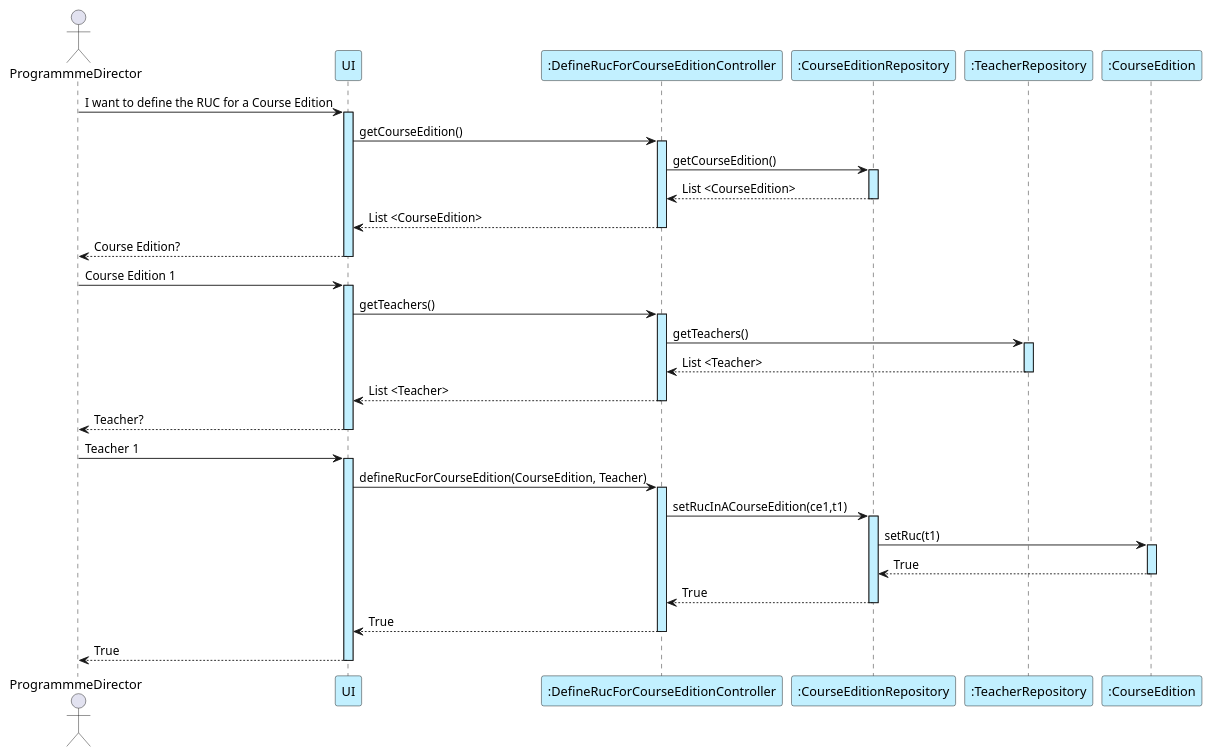
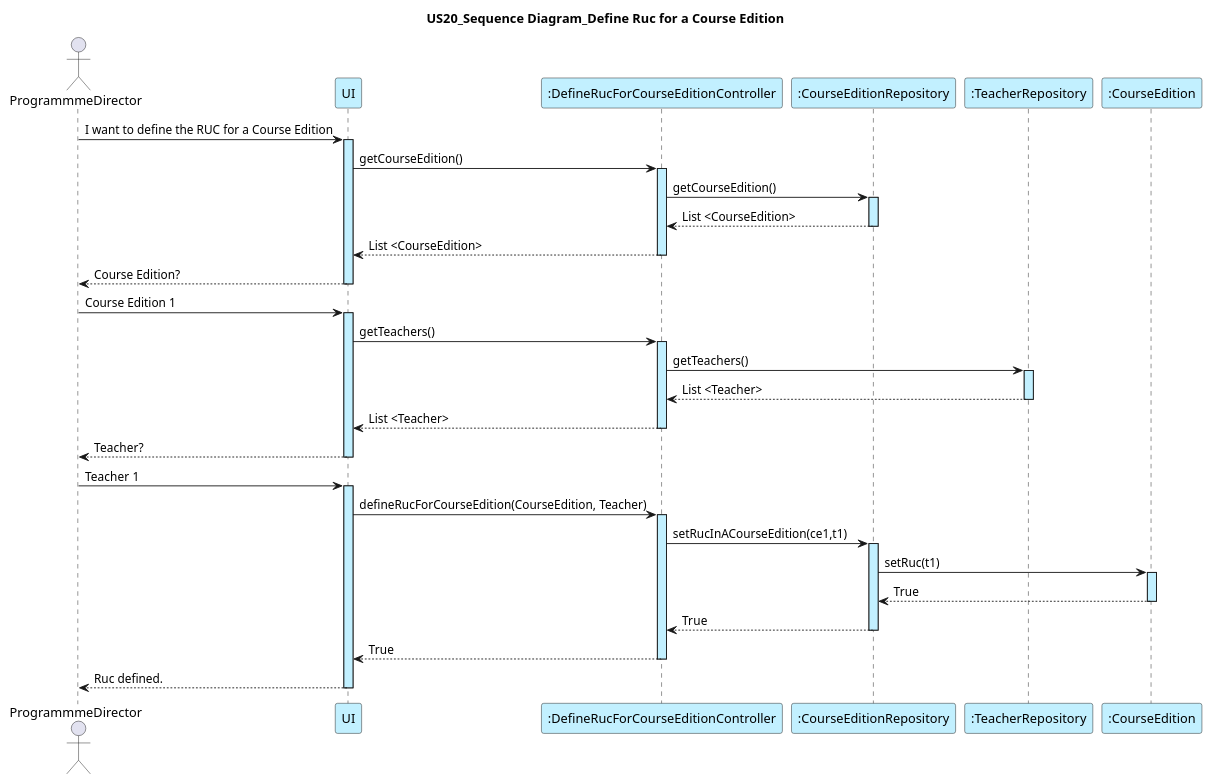
One commit to GasparISEP/DevOps-PAI changed the diagram in docs/sequenceDiagrams/US20/US20_DefineRucForACourseEdition.puml. Above: the diagram before and after it, drawn with PlantUML. The commit also changed 1 other file, not shown here.

Commit message:
US20 Update Class Diagram with user stories

```diff
--- a/docs/sequenceDiagrams/US20/US20_DefineRucForACourseEdition.puml
+++ b/docs/sequenceDiagrams/US20/US20_DefineRucForACourseEdition.puml
@@ -1,49 +1,52 @@
 @startuml
+
+title: US20_Sequence Diagram_Define Ruc for a Course Edition
+
 actor ProgrammmeDirector as PD
 participant UI #application
 participant ":DefineRucForCourseEditionController" as C #application
 participant ":CourseEditionRepository" as CER #application
 participant ":TeacherRepository" as TR #application
 participant  ":CourseEdition" as CE #application
 
 
 PD -> UI ++ #application: I want to define the RUC for a Course Edition
 UI -> C  : getCourseEdition()
 activate C #application
 C -> CER :getCourseEdition()
 activate CER #application
 C <-- CER : List <CourseEdition>
 deactivate CER
 UI <-- C : List <CourseEdition>
 deactivate C
 PD <-- UI --: Course Edition?
 PD -> UI ++ #application: Course Edition 1
 UI-> C : getTeachers()
 activate C #application
 C -> TR :getTeachers()
 activate TR #application
 TR --> C :List <Teacher>
 deactivate TR
 C --> UI :List <Teacher>
 deactivate C
 PD <-- UI -- : Teacher?
 PD -> UI: Teacher 1
 activate UI #application
 UI -> C : defineRucForCourseEdition(CourseEdition, Teacher)
 activate C #application
 C -> CER : setRucInACourseEdition(ce1,t1)
 activate CER #application
 CER -> CE : setRuc(t1)
 activate CE #application
 CE --> CER :True
 deactivate CE
 CER --> C :True
 deactivate CER
 deactivate CE
 C --> UI :True
 deactivate C
-UI --> PD : True
+UI --> PD : Ruc defined.
 deactivate UI
 
 
 @enduml
```
